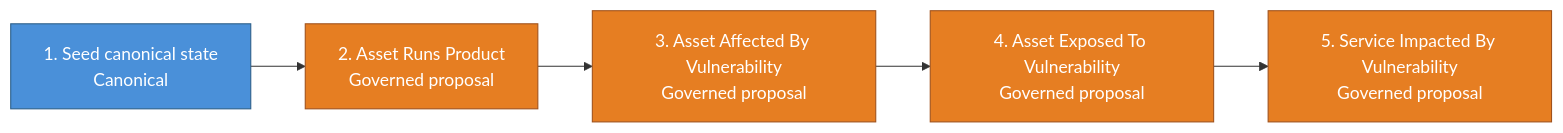
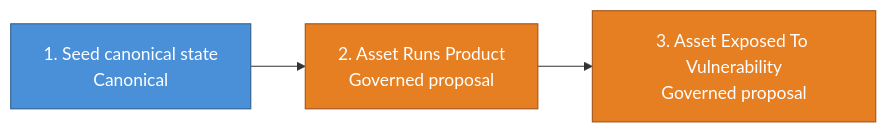
The second of 3 diagrams in kits/kev-triage/README.md (cruxible-ai/cruxible), drawn with Mermaid before and after one commit. The commit also changed other lines of this file and 12 other files, not shown here.

First line of the commit message:
Consolidate KEV triage into asset_exposed_to_vulnerability

````diff
--- a/kits/kev-triage/README.md
+++ b/kits/kev-triage/README.md
@@ -96,17 +96,13 @@
 ```mermaid
 flowchart LR
   classDef canonicalWorkflow fill:#4a90d9,stroke:#2c5f8a,color:#fff
   classDef governedWorkflow fill:#e67e22,stroke:#a0521c,color:#fff
 
   workflow_pipeline_build_fork_state["1. Seed canonical state<br/>Canonical"]
   workflow_pipeline_propose_asset_products["2. Asset Runs Product<br/>Governed proposal"]
-  workflow_pipeline_propose_asset_affected["3. Asset Affected By Vulnerability<br/>Governed proposal"]
-  workflow_pipeline_propose_asset_exposure["4. Asset Exposed To Vulnerability<br/>Governed proposal"]
-  workflow_pipeline_propose_service_impact["5. Service Impacted By Vulnerability<br/>Governed proposal"]
+  workflow_pipeline_propose_asset_exposure["3. Asset Exposed To Vulnerability<br/>Governed proposal"]
   workflow_pipeline_build_fork_state --> workflow_pipeline_propose_asset_products
-  workflow_pipeline_propose_asset_products --> workflow_pipeline_propose_asset_affected
-  workflow_pipeline_propose_asset_affected --> workflow_pipeline_propose_asset_exposure
-  workflow_pipeline_propose_asset_exposure --> workflow_pipeline_propose_service_impact
+  workflow_pipeline_propose_asset_products --> workflow_pipeline_propose_asset_exposure
   class workflow_pipeline_build_fork_state canonicalWorkflow
-  class workflow_pipeline_propose_asset_products,workflow_pipeline_propose_asset_affected,workflow_pipeline_propose_asset_exposure,workflow_pipeline_propose_service_impact governedWorkflow
+  class workflow_pipeline_propose_asset_products,workflow_pipeline_propose_asset_exposure governedWorkflow
 ```
````
